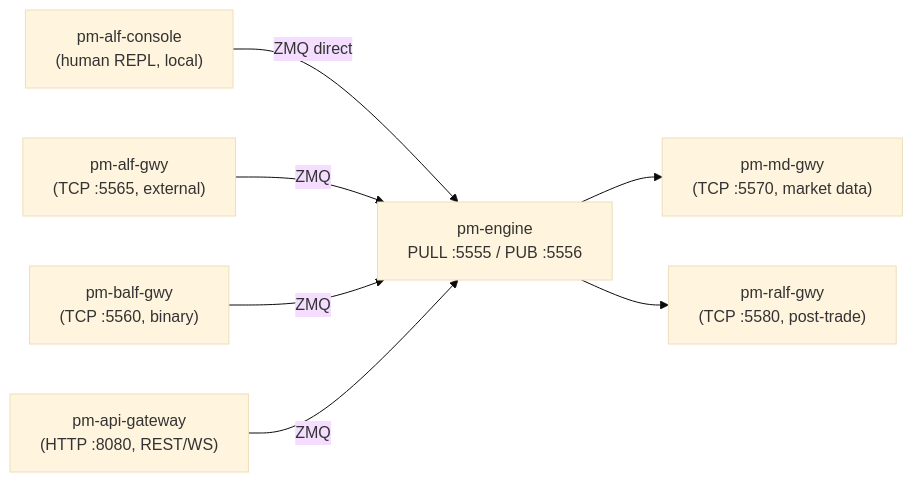
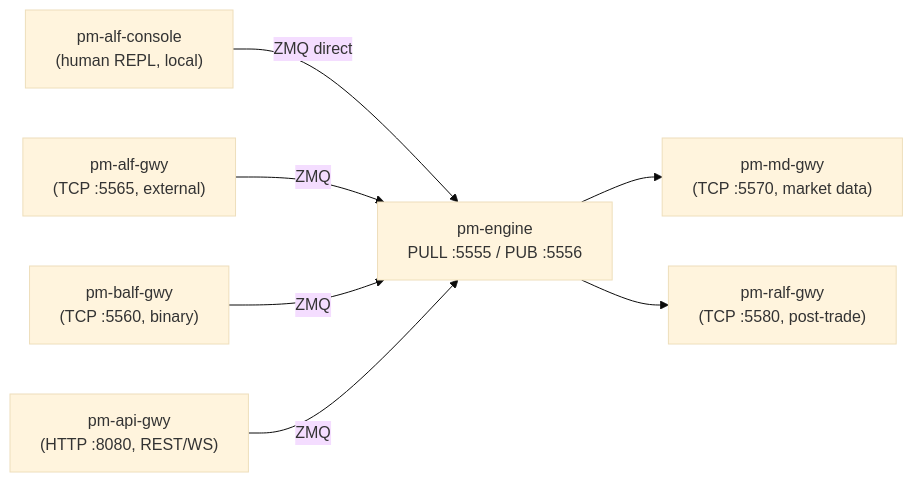
One commit to johan162/EduMatcher changed the fifth of 5 diagrams in docs-design/EduMatcher-ALF-Gwy.md. Above: the diagram before and after it, drawn with Mermaid (base theme). The commit also changed other lines of this file and 17 other files, not shown here.

Commit message:
Renamed `pm-api-gateway` to `pm-api-gwy`

````diff
--- a/docs-design/EduMatcher-ALF-Gwy.md
+++ b/docs-design/EduMatcher-ALF-Gwy.md
@@ -873,17 +873,17 @@
 ```mermaid
 flowchart LR
     HUM["pm-alf-console\n(human REPL, local)"]
     ALF["pm-alf-gwy\n(TCP :5565, external)"]
     BALF["pm-balf-gwy\n(TCP :5560, binary)"]
-    API["pm-api-gateway\n(HTTP :8080, REST/WS)"]
+    API["pm-api-gwy\n(HTTP :8080, REST/WS)"]
     ENG["pm-engine\nPULL :5555 / PUB :5556"]
     CALF["pm-md-gwy\n(TCP :5570, market data)"]
     RALF["pm-ralf-gwy\n(TCP :5580, post-trade)"]
 
     HUM -->|ZMQ direct| ENG
     ALF -->|ZMQ| ENG
     BALF -->|ZMQ| ENG
     API -->|ZMQ| ENG
     ENG --> CALF
     ENG --> RALF
 ```
````
